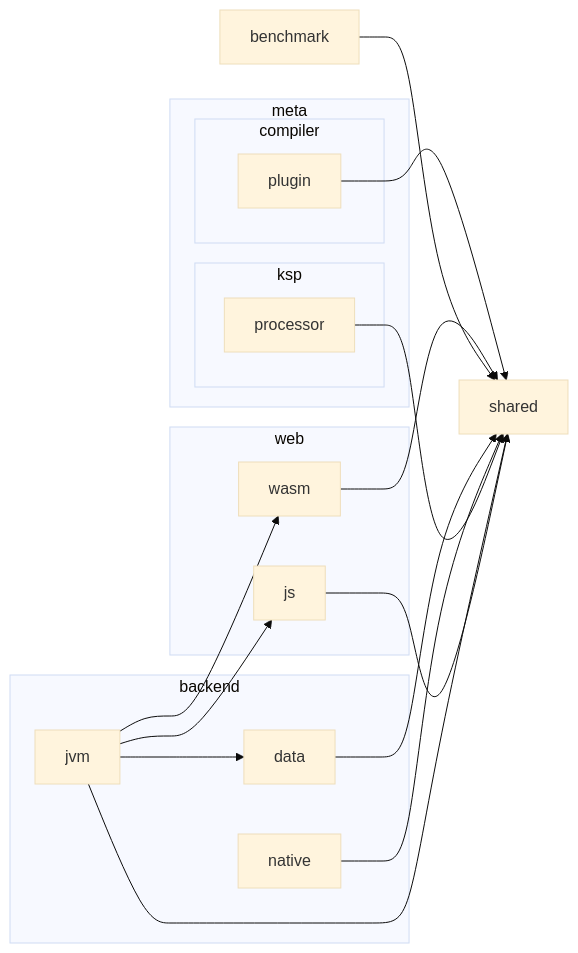
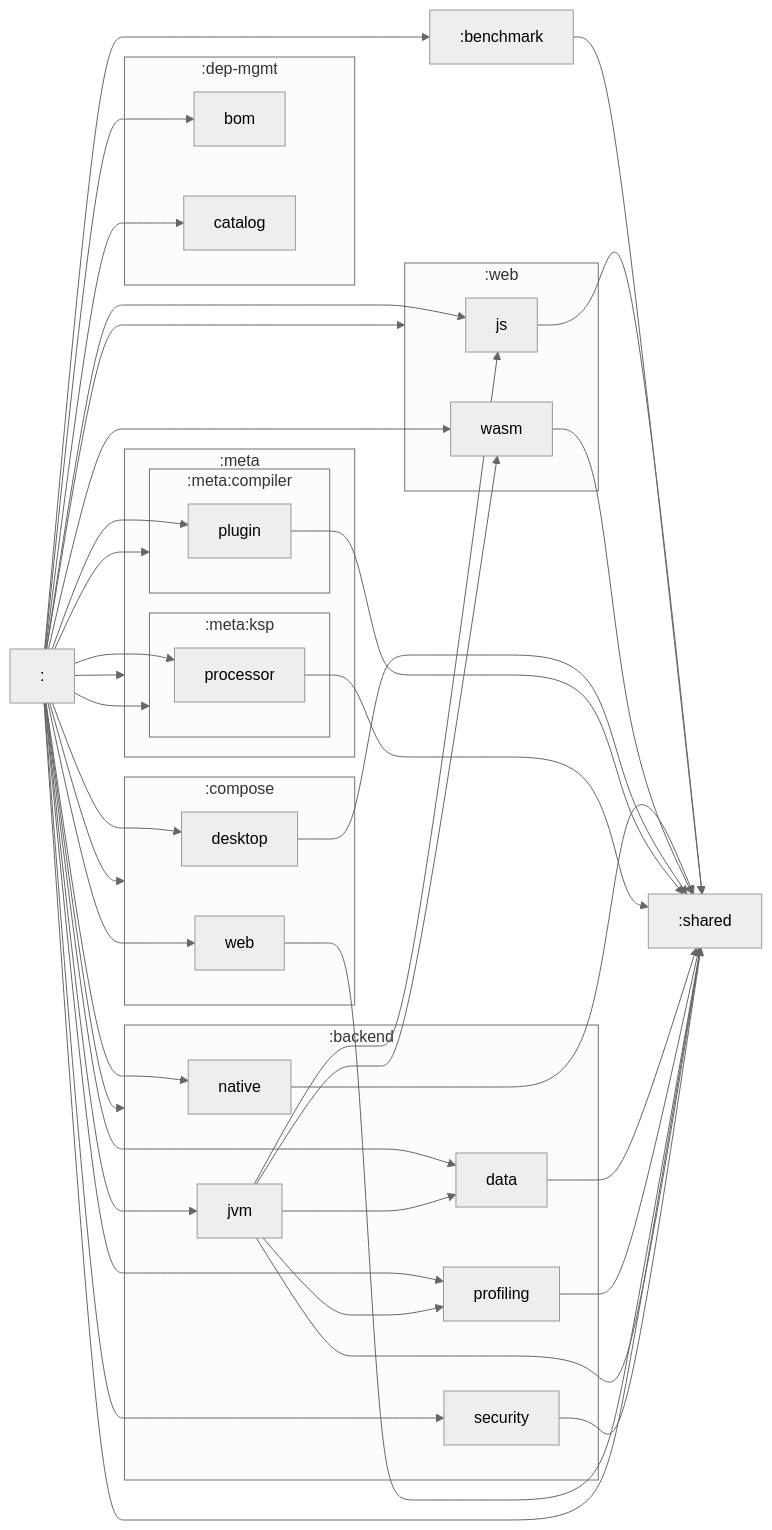
One commit to sureshg/kotlin-mpp-playground changed the diagram in README.md. Above: the diagram before and after it, drawn with Mermaid. The commit also changed other lines of this file and 8 other files, not shown here.

Commit message:
chore: Kotlin 2.0.0 compose compiler support

````diff
--- a/README.md
+++ b/README.md
@@ -194,40 +195,75 @@
 ```mermaid
 %%{
   init: {
-    'theme': 'base'
+    'theme': 'neutral'
   }
 }%%
+
 graph LR
-    subgraph backend
-        jvm
-        data
-        native
-    end
-    subgraph meta
-        compiler
-        ksp
-    end
-    subgraph compiler
-        compiler
-        plugin
-    end
-    subgraph ksp
-        ksp
-        processor
-    end
-    subgraph web
-        wasm
-        js
-    end
-    plugin --> shared
-    wasm --> shared
-    benchmark --> shared
-    data --> shared
-    native --> shared
-    processor --> shared
-    jvm --> shared
-    jvm --> data
-    jvm --> js
-    jvm --> wasm
-    js --> shared
+  subgraph :backend
+    :backend:native["native"]
+    :backend:data["data"]
+    :backend:profiling["profiling"]
+    :backend:jvm["jvm"]
+    :backend:security["security"]
+  end
+  subgraph :compose
+    :compose:desktop["desktop"]
+    :compose:web["web"]
+  end
+  subgraph :dep-mgmt
+    :dep-mgmt:bom["bom"]
+    :dep-mgmt:catalog["catalog"]
+  end
+  subgraph :meta
+    :meta:compiler["compiler"]
+    :meta:ksp["ksp"]
+  end
+  subgraph :meta:compiler
+    :meta:compiler:plugin["plugin"]
+  end
+  subgraph :meta:ksp
+    :meta:ksp:processor["processor"]
+  end
+  subgraph :web
+    :web:js["js"]
+    :web:wasm["wasm"]
+  end
+  :web:js --> :shared
+  :benchmark --> :shared
+  :backend:native --> :shared
+  :web:wasm --> :shared
+  :compose:desktop --> :shared
+  :meta:compiler:plugin --> :shared
+  :meta:ksp:processor --> :shared
+  :backend:data --> :shared
+  :backend:profiling --> :shared
+  :compose:web --> :shared
+  : --> :backend
+  : --> :benchmark
+  : --> :compose
+  : --> :meta
+  : --> :shared
+  : --> :web
+  : --> :backend:data
+  : --> :backend:jvm
+  : --> :backend:native
+  : --> :backend:profiling
+  : --> :backend:security
+  : --> :compose:desktop
+  : --> :compose:web
+  : --> :meta:compiler
+  : --> :meta:ksp
+  : --> :web:js
+  : --> :web:wasm
+  : --> :meta:compiler:plugin
+  : --> :meta:ksp:processor
+  : --> :dep-mgmt:bom
+  : --> :dep-mgmt:catalog
+  :backend:jvm --> :shared
+  :backend:jvm --> :backend:data
+  :backend:jvm --> :backend:profiling
+  :backend:jvm --> :web:js
+  :backend:jvm --> :web:wasm
+  :backend:security --> :shared
 ```
````
